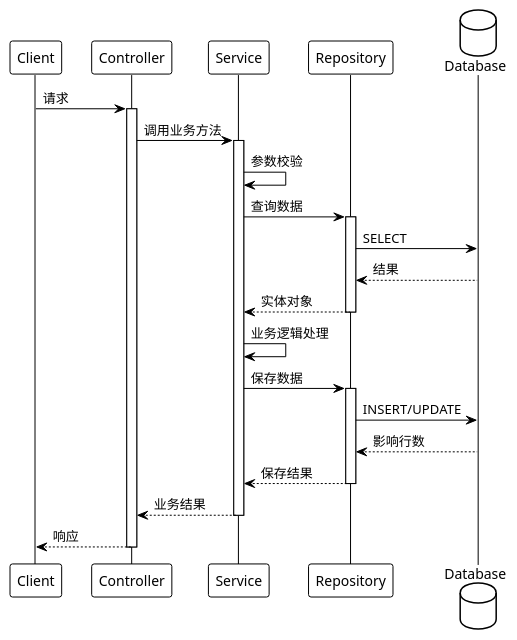
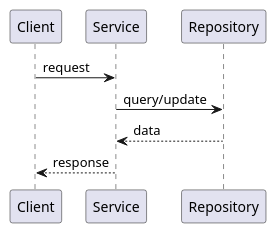
The diagram in templates/full/DESIGN.md (kvenux/metaspec), drawn with PlantUML before and after one commit. The commit also changed other lines of this file and 37 other files, not shown here.

````diff
--- a/templates/full/DESIGN.md
+++ b/templates/full/DESIGN.md
@@ -161,39 +56,8 @@
 ```plantuml
 @startuml
-!theme plain
-participant Client
-participant Controller
-participant Service
-participant Repository
-database Database
-
-Client -> Controller: 请求
-activate Controller
-
-Controller -> Service: 调用业务方法
-activate Service
-
-Service -> Service: 参数校验
-Service -> Repository: 查询数据
-activate Repository
-Repository -> Database: SELECT
-Database --> Repository: 结果
-Repository --> Service: 实体对象
-deactivate Repository
-
-Service -> Service: 业务逻辑处理
-
-Service -> Repository: 保存数据
-activate Repository
-Repository -> Database: INSERT/UPDATE
-Database --> Repository: 影响行数
-Repository --> Service: 保存结果
-deactivate Repository
-
-Service --> Controller: 业务结果
-deactivate Service
-
-Controller --> Client: 响应
-deactivate Controller
+Client -> Service: request
+Service -> Repository: query/update
+Repository --> Service: data
+Service --> Client: response
 @enduml
 ```
````
